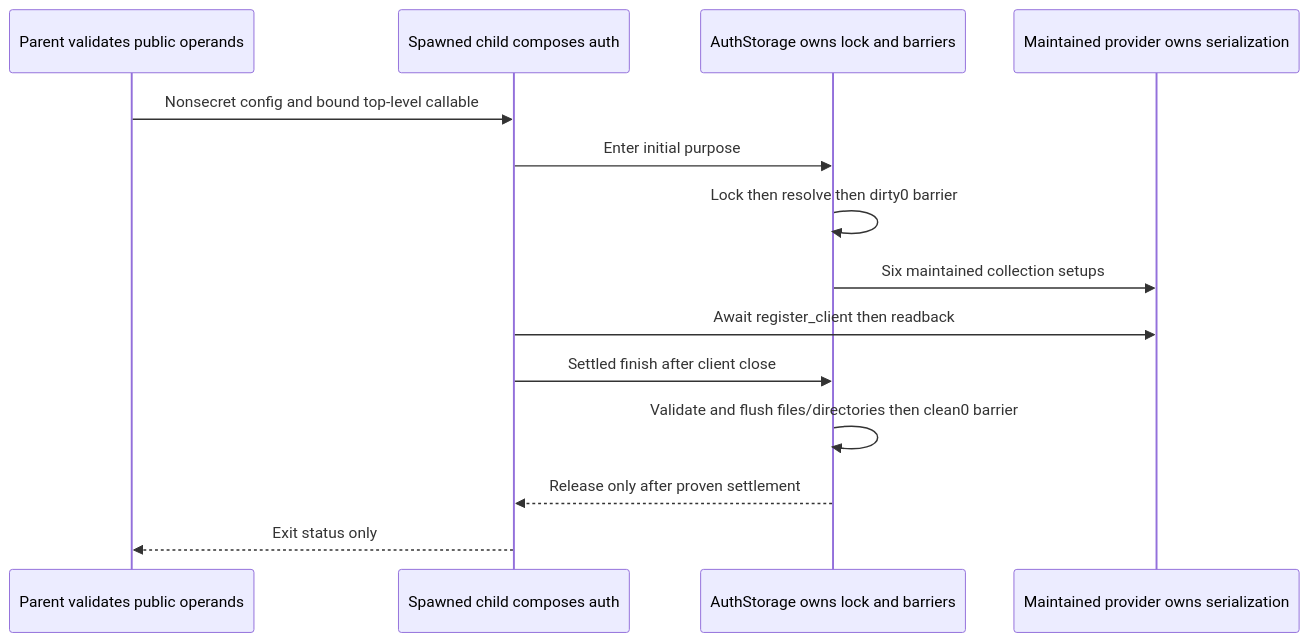
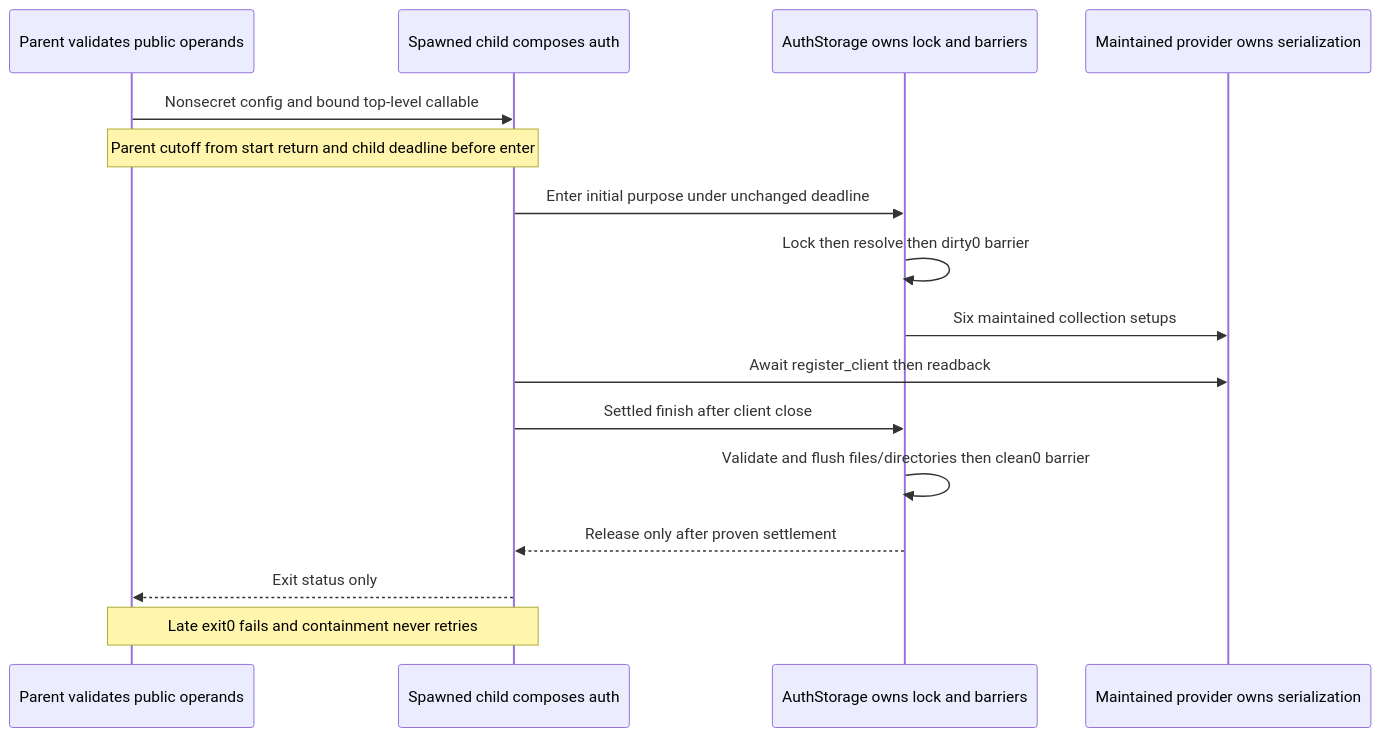
One commit to 4list233/CortadOS-Router changed the third of 3 diagrams in docs/mcp-worker/COWORK-OPERATIONS-010-DRAFT.md. Above: the diagram before and after it, drawn with Mermaid. The commit also changed other lines of this file and 3 other files, not shown here.

````diff
--- a/docs/mcp-worker/COWORK-OPERATIONS-010-DRAFT.md
+++ b/docs/mcp-worker/COWORK-OPERATIONS-010-DRAFT.md
@@ -304,16 +317,18 @@
 ```mermaid
 sequenceDiagram
   participant P as Parent validates public operands
   participant C as Spawned child composes auth
   participant S as AuthStorage owns lock and barriers
   participant L as Maintained provider owns serialization
   P->>C: Nonsecret config and bound top-level callable
-  C->>S: Enter initial purpose
+  Note over P,C: Parent cutoff from start return and child deadline before enter
+  C->>S: Enter initial purpose under unchanged deadline
   S->>S: Lock then resolve then dirty0 barrier
   S->>L: Six maintained collection setups
   C->>L: Await register_client then readback
   C->>S: Settled finish after client close
   S->>S: Validate and flush files/directories then clean0 barrier
   S-->>C: Release only after proven settlement
   C-->>P: Exit status only
+  Note over P,C: Late exit0 fails and containment never retries
 ```
````
